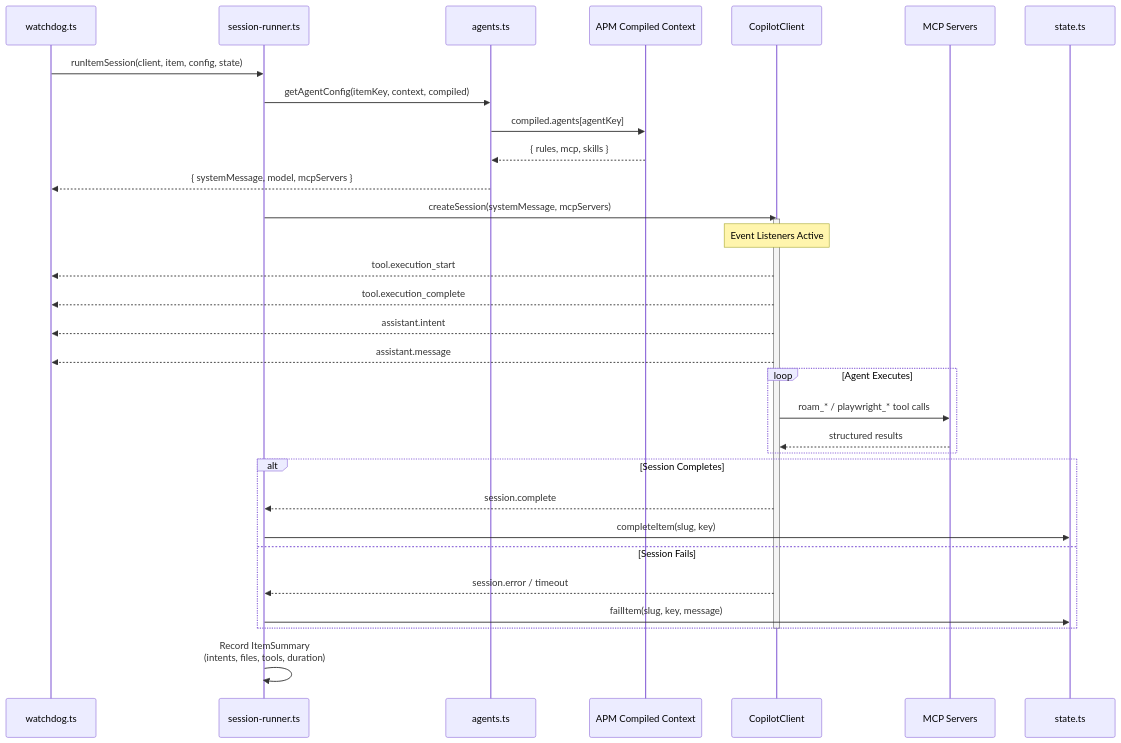
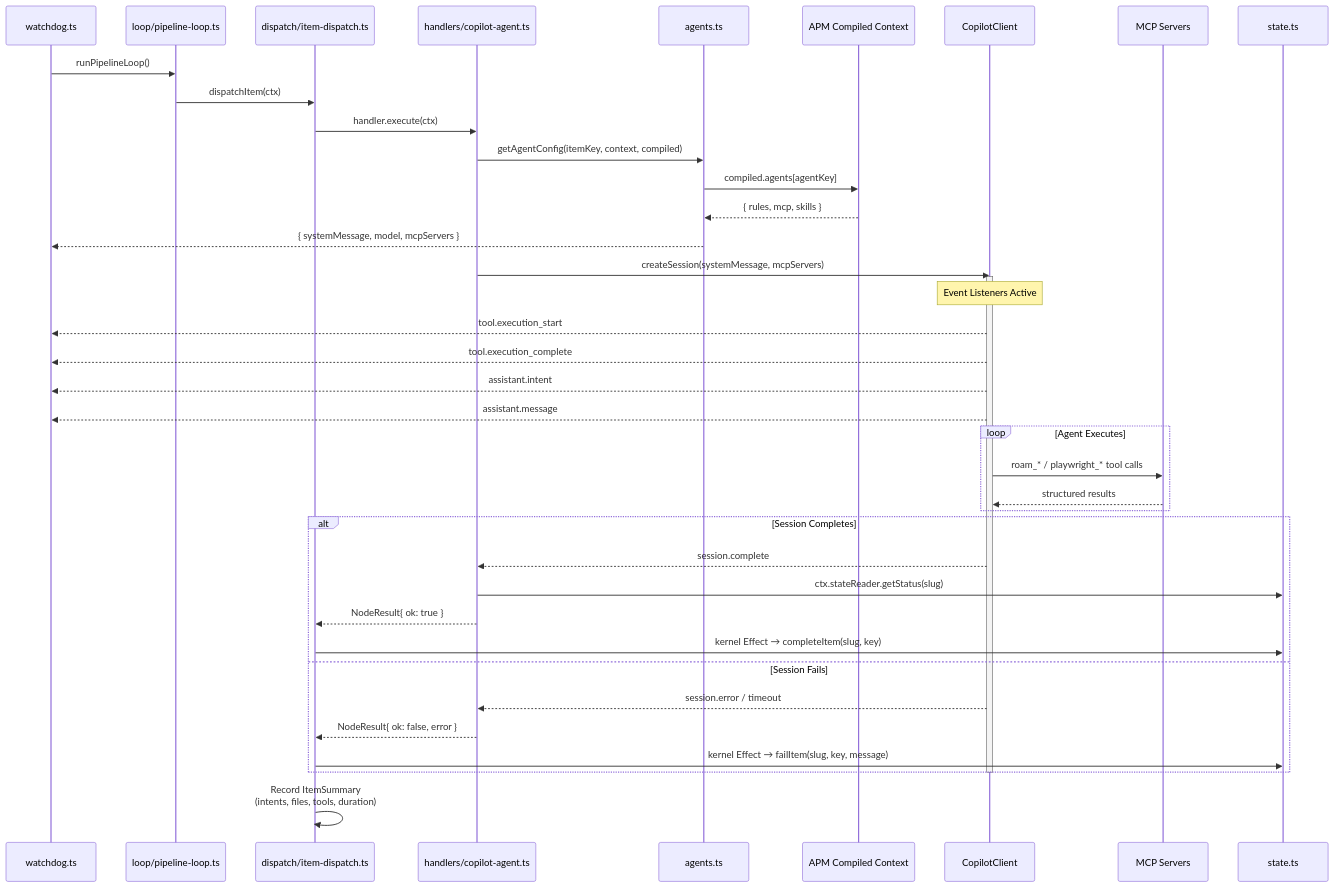
Before and after one commit to RomanKaliupinMelonusa/DAGent-t: the second of 5 diagrams in tools/autonomous-factory/docs/01-watchdog.md, drawn with Mermaid. The commit also changed other lines of this file and 33 other files, not shown here.

````diff
--- a/tools/autonomous-factory/docs/01-watchdog.md
+++ b/tools/autonomous-factory/docs/01-watchdog.md
@@ -71,41 +79,48 @@
 ```mermaid
 sequenceDiagram
     participant W as watchdog.ts
-    participant SR as session-runner.ts
+    participant L as loop/pipeline-loop.ts
+    participant D as dispatch/item-dispatch.ts
+    participant H as handlers/copilot-agent.ts
     participant A as agents.ts
     participant PA as APM Compiled Context
     participant SDK as CopilotClient
     participant MCP as MCP Servers
     participant S as state.ts
 
-    W->>SR: runItemSession(client, item, config, state)
-    SR->>A: getAgentConfig(itemKey, context, compiled)
+    W->>L: runPipelineLoop()
+    L->>D: dispatchItem(ctx)
+    D->>H: handler.execute(ctx)
+    H->>A: getAgentConfig(itemKey, context, compiled)
     A->>PA: compiled.agents[agentKey]
     PA-->>A: { rules, mcp, skills }
     A-->>W: { systemMessage, model, mcpServers }
 
-    SR->>SDK: createSession(systemMessage, mcpServers)
+    H->>SDK: createSession(systemMessage, mcpServers)
     activate SDK
 
     Note over SDK: Event Listeners Active
     SDK-->>W: tool.execution_start
     SDK-->>W: tool.execution_complete
     SDK-->>W: assistant.intent
     SDK-->>W: assistant.message
 
     loop Agent Executes
         SDK->>MCP: roam_* / playwright_* tool calls
         MCP-->>SDK: structured results
     end
 
     alt Session Completes
-        SDK-->>SR: session.complete
-        SR->>S: completeItem(slug, key)
+        SDK-->>H: session.complete
+        H->>S: ctx.stateReader.getStatus(slug)
+        H-->>D: NodeResult{ ok: true }
+        D->>S: kernel Effect → completeItem(slug, key)
     else Session Fails
-        SDK-->>SR: session.error / timeout
-        SR->>S: failItem(slug, key, message)
+        SDK-->>H: session.error / timeout
+        H-->>D: NodeResult{ ok: false, error }
+        D->>S: kernel Effect → failItem(slug, key, message)
     end
     deactivate SDK
 
-    SR->>SR: Record ItemSummary<br/>(intents, files, tools, duration)
+    D->>D: Record ItemSummary<br/>(intents, files, tools, duration)
 ```
````
